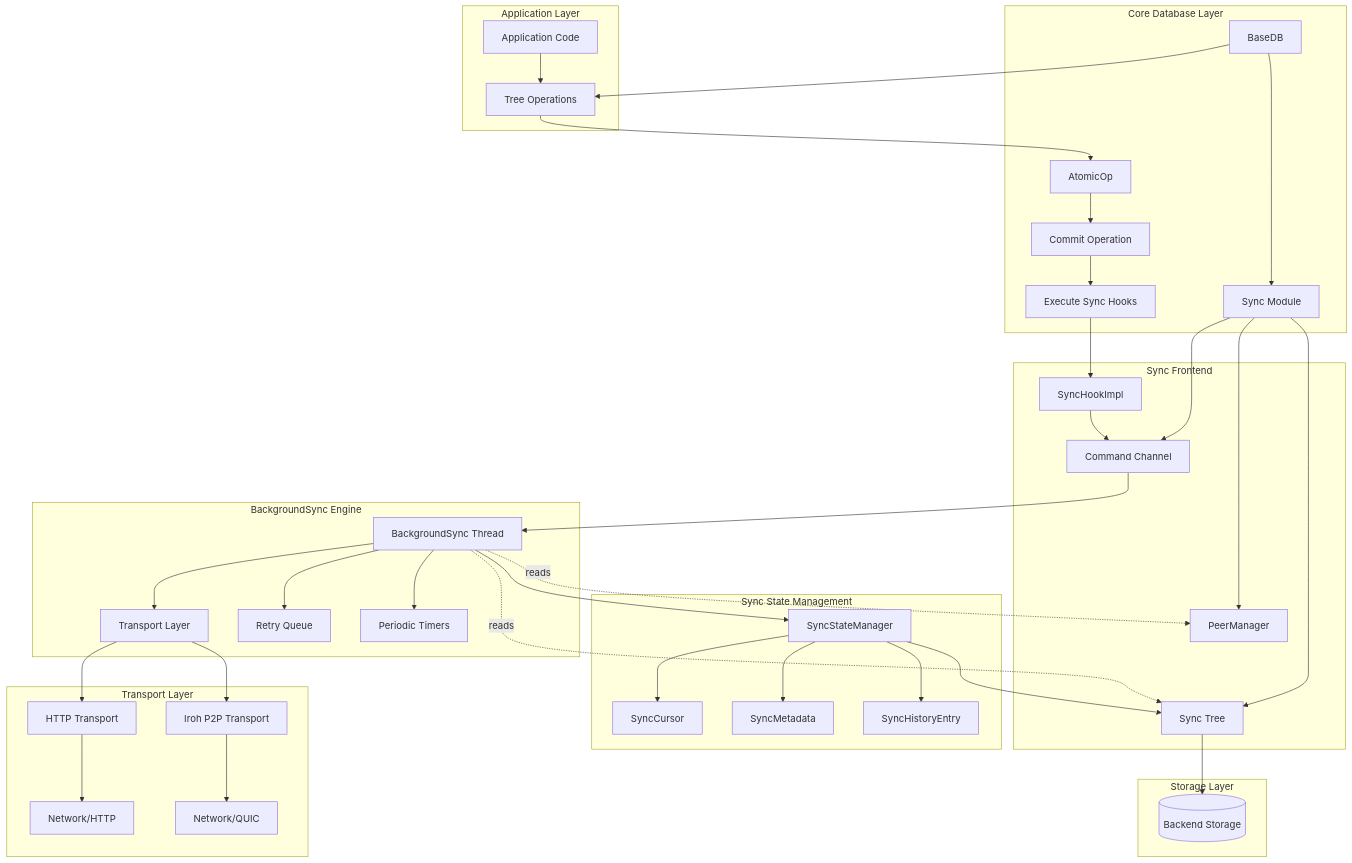
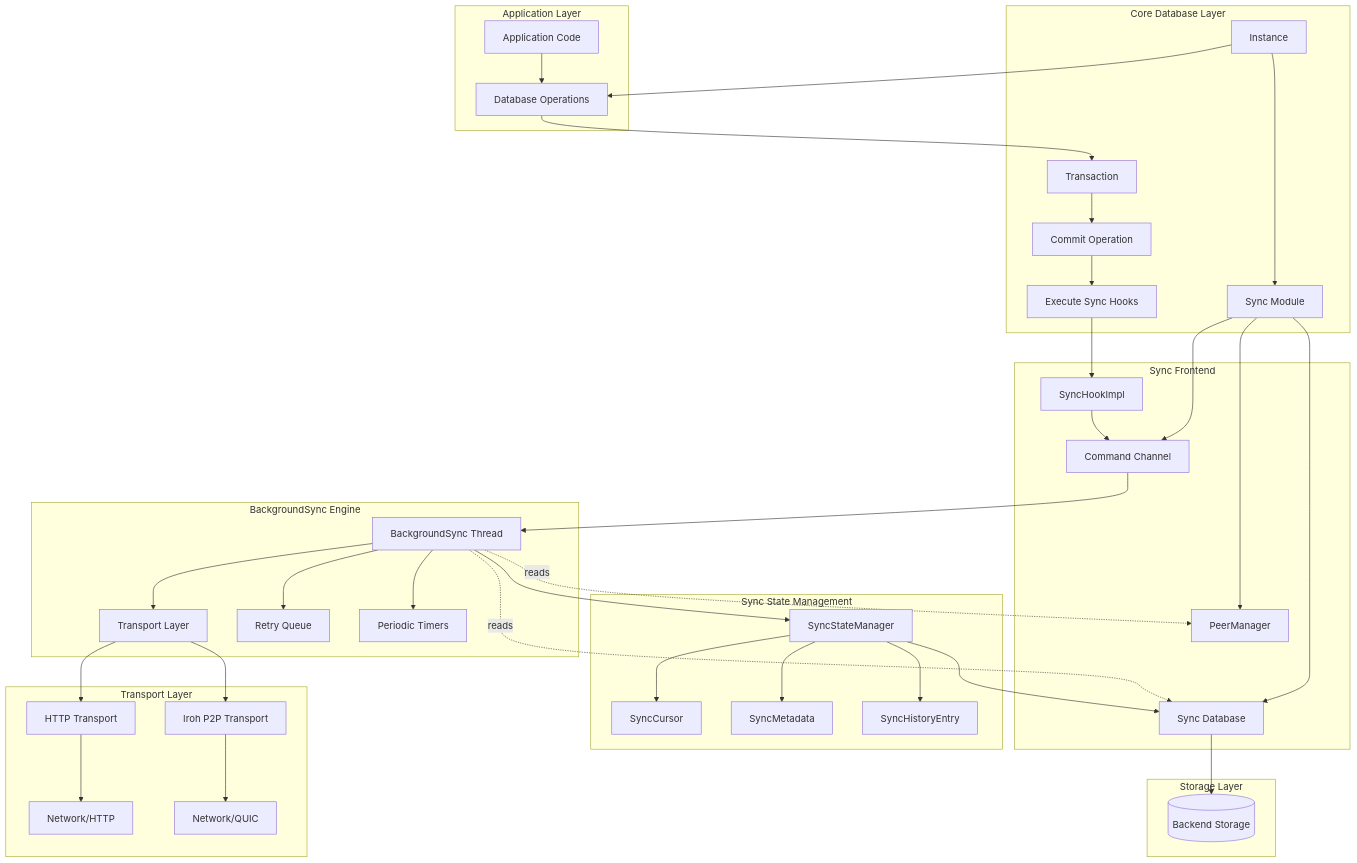
One commit to arcuru/eidetica changed the first of 5 diagrams in docs/src/internal/core_components/synchronization.md. Above: the diagram before and after it, drawn with Mermaid. The commit also changed other lines of this file and 62 other files, not shown here.

````diff
--- a/docs/src/internal/core_components/synchronization.md
+++ b/docs/src/internal/core_components/synchronization.md
@@ -16,55 +16,55 @@
 ```mermaid
 graph TB
     subgraph "Application Layer"
-        APP[Application Code] --> TREE[Tree Operations]
+        APP[Application Code] --> TREE[Database Operations]
     end
 
     subgraph "Core Database Layer"
-        TREE --> ATOMICOP[AtomicOp]
-        BASEDB[BaseDB] --> TREE
+        TREE --> ATOMICOP[Transaction]
+        BASEDB[Instance] --> TREE
         BASEDB --> SYNC[Sync Module]
         ATOMICOP --> COMMIT[Commit Operation]
         COMMIT --> HOOKS[Execute Sync Hooks]
     end
 
     subgraph "Sync Frontend"
         SYNC[Sync Module] --> CMDTX[Command Channel]
         SYNC --> PEERMGR[PeerManager]
-        SYNC --> SYNCTREE[Sync Tree]
+        SYNC --> SYNCTREE[Sync Database]
         HOOKS --> SYNCHOOK[SyncHookImpl]
         SYNCHOOK --> CMDTX
     end
 
     subgraph "BackgroundSync Engine"
         CMDTX --> BGSYNC[BackgroundSync Thread]
         BGSYNC --> TRANSPORT[Transport Layer]
         BGSYNC --> RETRY[Retry Queue]
         BGSYNC --> TIMERS[Periodic Timers]
-        BGSYNC -.->|reads| SYNCTREE[Sync Tree]
+        BGSYNC -.->|reads| SYNCTREE[Sync Database]
         BGSYNC -.->|reads| PEERMGR[PeerManager]
     end
 
     subgraph "Sync State Management"
         SYNCSTATE[SyncStateManager]
         SYNCCURSOR[SyncCursor]
         SYNCMETA[SyncMetadata]
         SYNCHISTORY[SyncHistoryEntry]
         SYNCSTATE --> SYNCCURSOR
         SYNCSTATE --> SYNCMETA
         SYNCSTATE --> SYNCHISTORY
         BGSYNC --> SYNCSTATE
     end
 
     subgraph "Storage Layer"
         BACKEND[(Backend Storage)]
         SYNCTREE --> BACKEND
         SYNCSTATE --> SYNCTREE
     end
 
     subgraph "Transport Layer"
         TRANSPORT --> HTTP[HTTP Transport]
         TRANSPORT --> IROH[Iroh P2P Transport]
         HTTP --> NETWORK1[Network/HTTP]
         IROH --> NETWORK2[Network/QUIC]
     end
 ```
````
